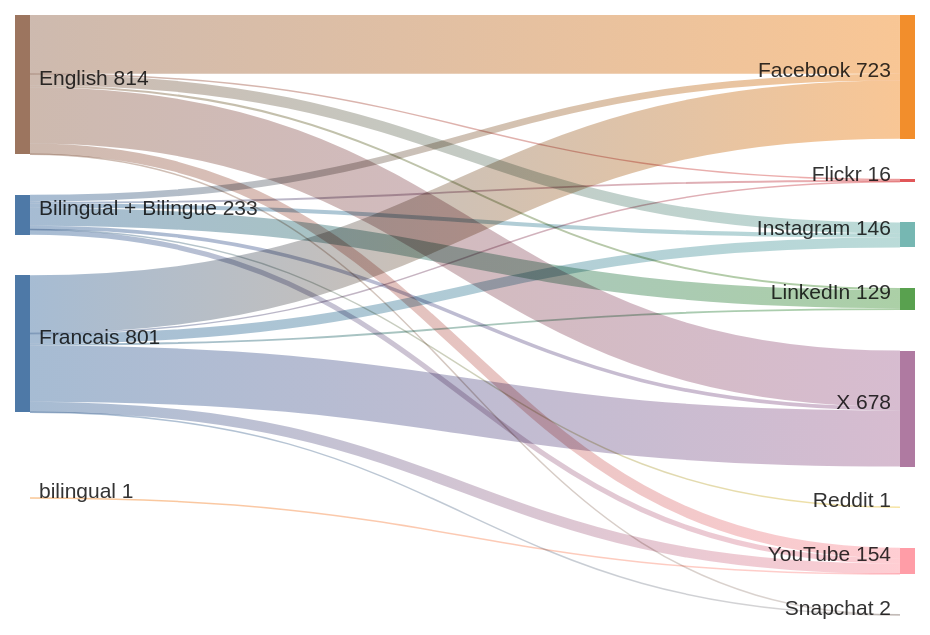
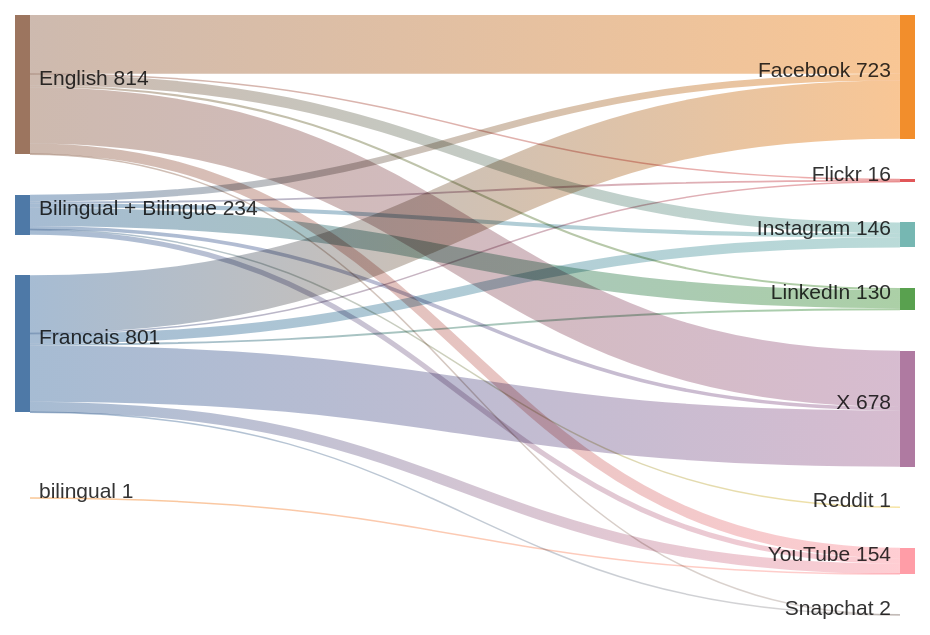
One commit to PatLittle/GC-Socials changed the diagram in sankey_diagram.md. Above: the diagram before and after it, drawn with Mermaid.

Commit message:
Update Sankey diagram for the most recent day

````diff
--- a/sankey_diagram.md
+++ b/sankey_diagram.md
@@ -1,25 +1,25 @@
 ```mermaid
 sankey-beta
   Bilingual + Bilingue,Facebook,40
   Bilingual + Bilingue,Flickr,11
   Bilingual + Bilingue,Instagram,24
-  Bilingual + Bilingue,LinkedIn,106
+  Bilingual + Bilingue,LinkedIn,107
   Bilingual + Bilingue,Reddit,1
   Bilingual + Bilingue,X,21
   Bilingual + Bilingue,YouTube,30
   English,Facebook,343
   English,Flickr,3
   English,Instagram,64
   English,LinkedIn,12
   English,Snapchat,1
   English,X,329
   English,YouTube,62
   Francais,Facebook,340
   Francais,Flickr,2
   Francais,Instagram,58
   Francais,LinkedIn,11
   Francais,Snapchat,1
   Francais,X,328
   Francais,YouTube,61
   bilingual,YouTube,1
 ```
````
